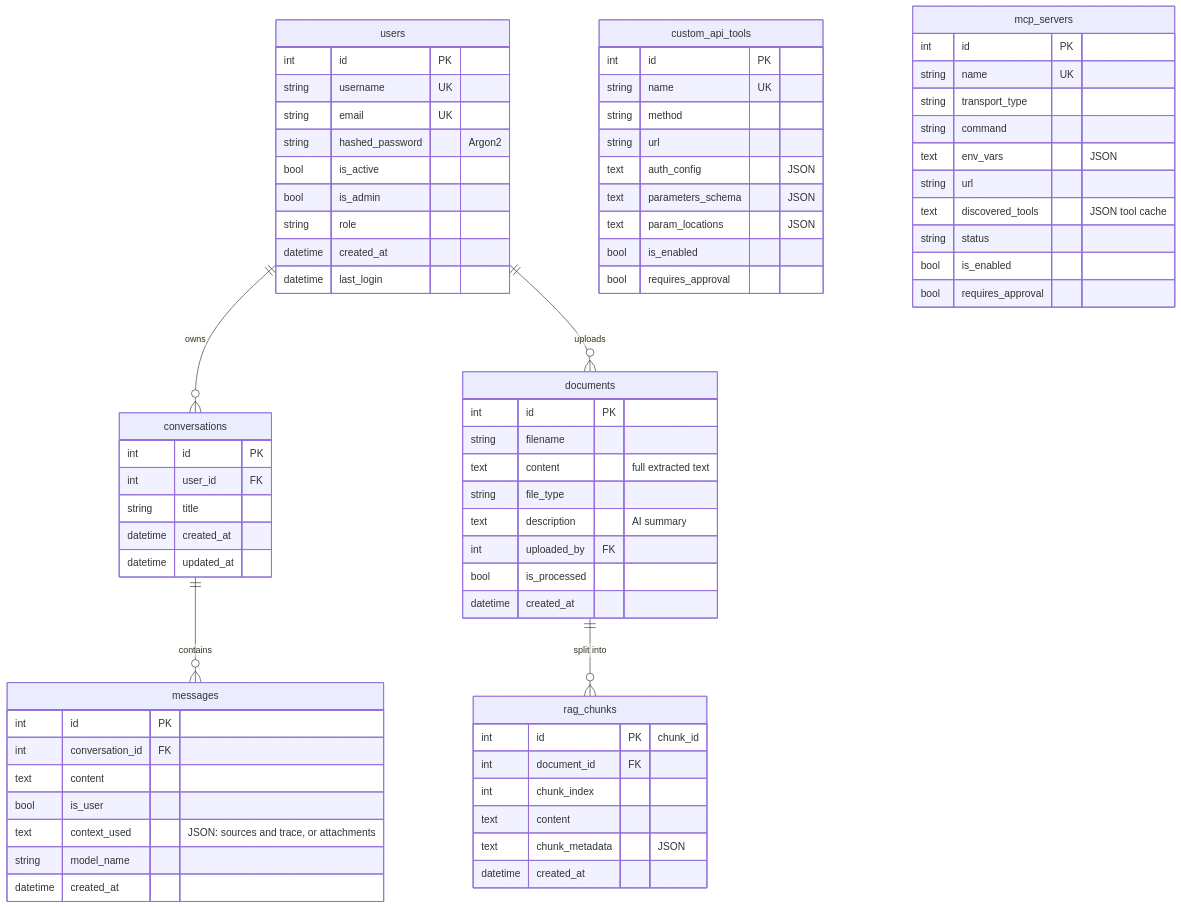
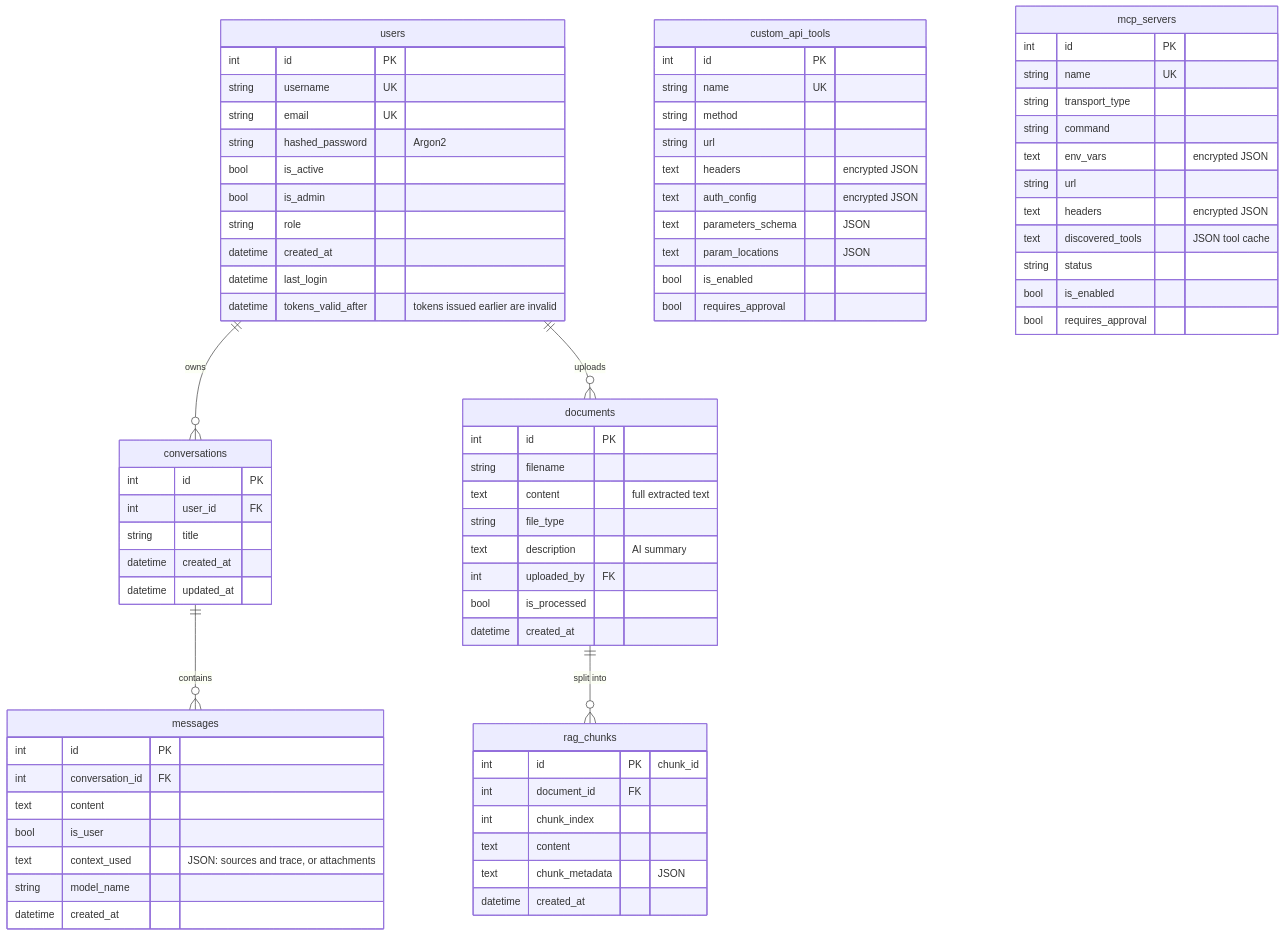
One commit to Scorpio-meow/AskMiao changed the third of 9 diagrams in docs/architecture_en.md. Above: the diagram before and after it, drawn with Mermaid. The commit also changed other lines of this file and 11 other files, not shown here.

````diff
--- a/docs/architecture_en.md
+++ b/docs/architecture_en.md
@@ -142,76 +142,79 @@
 ```mermaid
 erDiagram
     users ||--o{ conversations : "owns"
     conversations ||--o{ messages : "contains"
     users ||--o{ documents : "uploads"
     documents ||--o{ rag_chunks : "split into"
 
     users {
         int id PK
         string username UK
         string email UK
         string hashed_password "Argon2"
         bool is_active
         bool is_admin
         string role
         datetime created_at
         datetime last_login
+        datetime tokens_valid_after "tokens issued earlier are invalid"
     }
     conversations {
         int id PK
         int user_id FK
         string title
         datetime created_at
         datetime updated_at
     }
     messages {
         int id PK
         int conversation_id FK
         text content
         bool is_user
         text context_used "JSON: sources and trace, or attachments"
         string model_name
         datetime created_at
     }
     documents {
         int id PK
         string filename
         text content "full extracted text"
         string file_type
         text description "AI summary"
         int uploaded_by FK
         bool is_processed
         datetime created_at
     }
     rag_chunks {
         int id PK "chunk_id"
         int document_id FK
         int chunk_index
         text content
         text chunk_metadata "JSON"
         datetime created_at
     }
     custom_api_tools {
         int id PK
         string name UK
         string method
         string url
-        text auth_config "JSON"
+        text headers "encrypted JSON"
+        text auth_config "encrypted JSON"
         text parameters_schema "JSON"
         text param_locations "JSON"
         bool is_enabled
         bool requires_approval
     }
     mcp_servers {
         int id PK
         string name UK
         string transport_type
         string command
-        text env_vars "JSON"
+        text env_vars "encrypted JSON"
         string url
+        text headers "encrypted JSON"
         text discovered_tools "JSON tool cache"
         string status
         bool is_enabled
         bool requires_approval
     }
 ```
````
